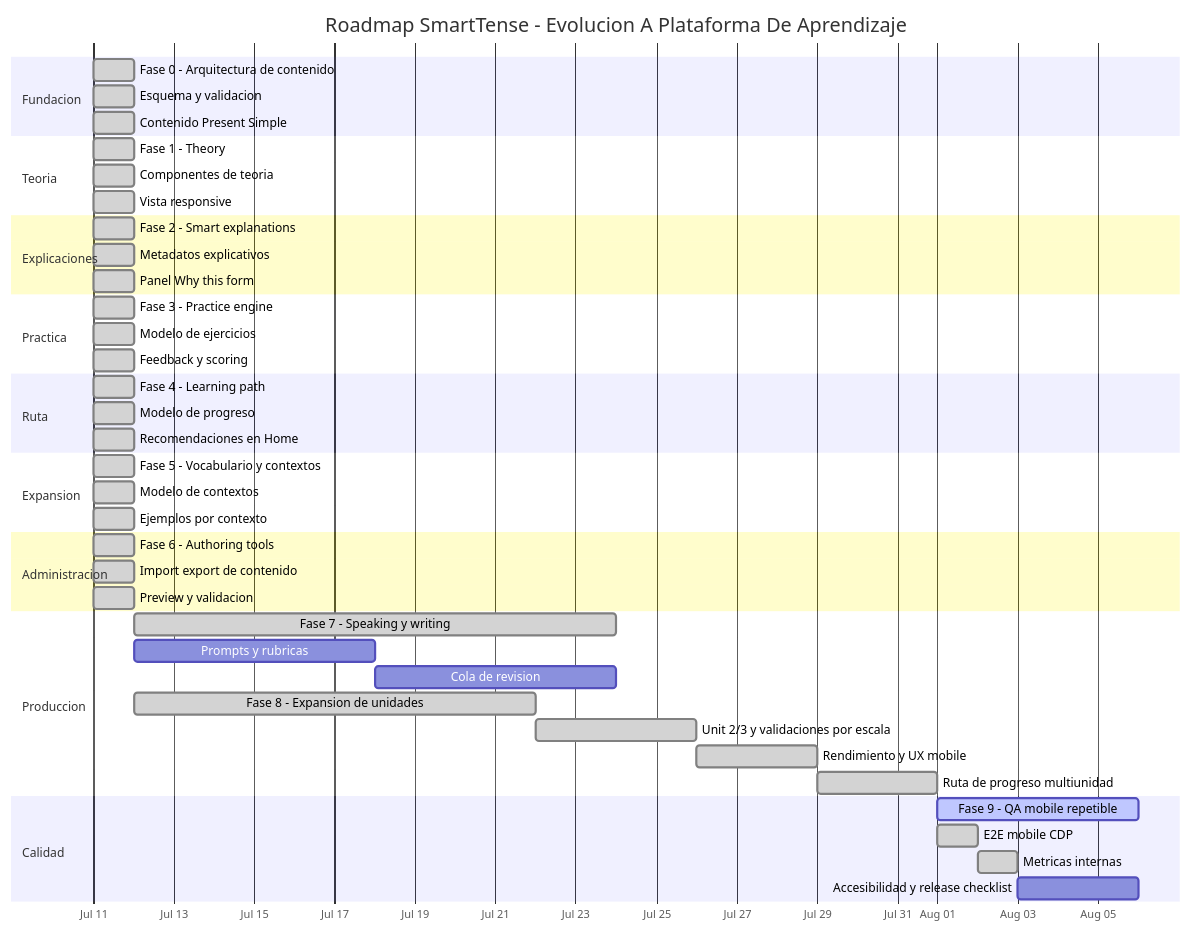
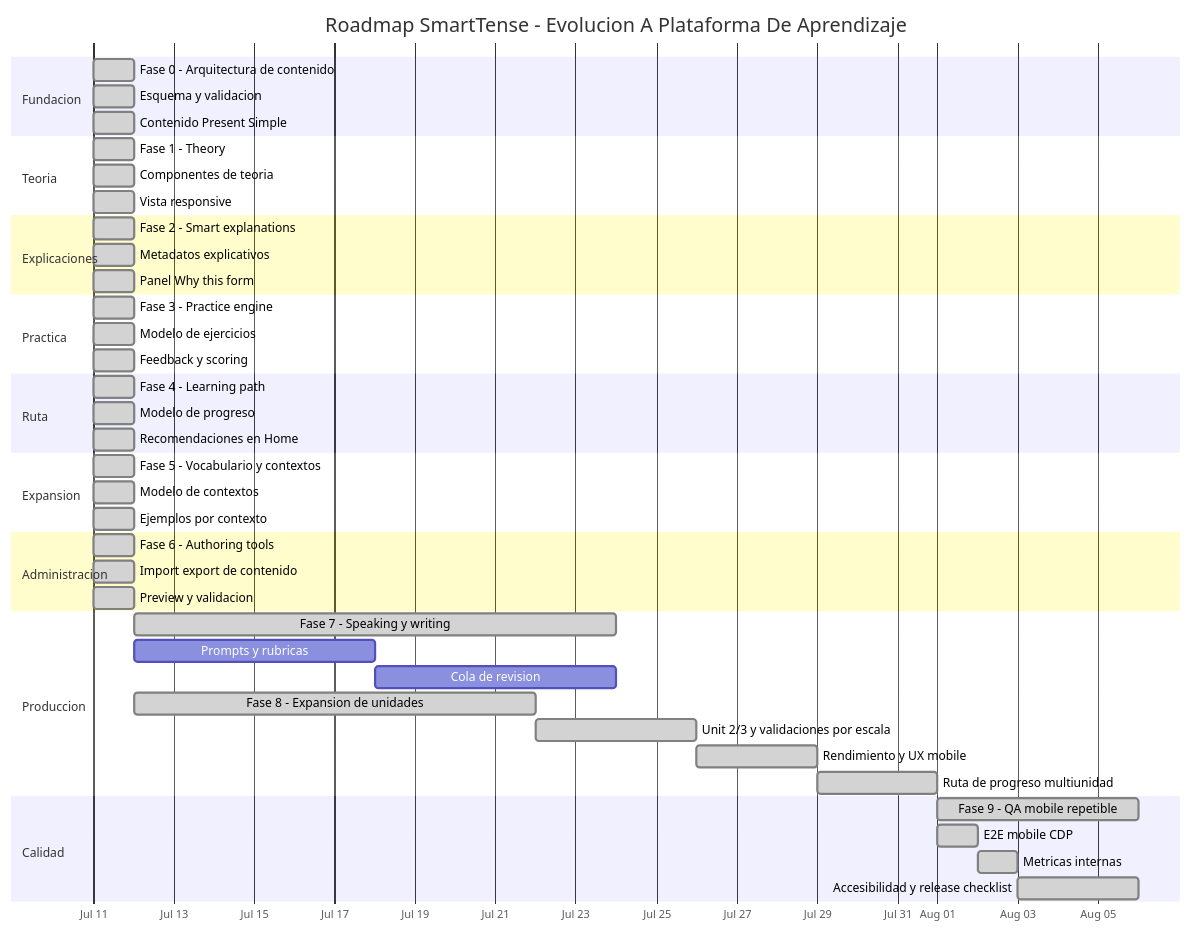
Before and after one commit to dafermen/SmartTense: the diagram in docs/PROJECT_PHASE_ROADMAP.md, drawn with Mermaid. The commit also changed other lines of this file and 10 other files, not shown here.

Commit message:
Add release checklist and accessibility smoke gates

````diff
--- a/docs/PROJECT_PHASE_ROADMAP.md
+++ b/docs/PROJECT_PHASE_ROADMAP.md
@@ -289,55 +289,55 @@
 ```mermaid
 gantt
     title Roadmap SmartTense - Evolucion A Plataforma De Aprendizaje
     dateFormat  YYYY-MM-DD
     axisFormat  %b %d
 
     section Fundacion
     Fase 0 - Arquitectura de contenido      :done, p0, 2026-07-11, 1d
     Esquema y validacion                    :done, p0a, 2026-07-11, 1d
     Contenido Present Simple                :done, p0b, 2026-07-11, 1d
 
     section Teoria
     Fase 1 - Theory                         :done, p1, 2026-07-11, 1d
     Componentes de teoria                   :done, p1a, 2026-07-11, 1d
     Vista responsive                        :done, p1b, 2026-07-11, 1d
 
     section Explicaciones
     Fase 2 - Smart explanations             :done, p2, 2026-07-11, 1d
     Metadatos explicativos                  :done, p2a, 2026-07-11, 1d
     Panel Why this form                     :done, p2b, 2026-07-11, 1d
 
     section Practica
     Fase 3 - Practice engine                :done, p3, 2026-07-11, 1d
     Modelo de ejercicios                    :done, p3a, 2026-07-11, 1d
     Feedback y scoring                      :done, p3b, 2026-07-11, 1d
 
     section Ruta
     Fase 4 - Learning path                  :done, p4, 2026-07-11, 1d
     Modelo de progreso                      :done, p4a, 2026-07-11, 1d
     Recomendaciones en Home                 :done, p4b, 2026-07-11, 1d
 
     section Expansion
     Fase 5 - Vocabulario y contextos        :done, p5, 2026-07-11, 1d
     Modelo de contextos                     :done, p5a, 2026-07-11, 1d
     Ejemplos por contexto                   :done, p5b, 2026-07-11, 1d
 
     section Administracion
     Fase 6 - Authoring tools                :done, p6, 2026-07-11, 1d
     Import export de contenido              :done, p6a, 2026-07-11, 1d
     Preview y validacion                    :done, p6b, 2026-07-11, 1d
 
     section Produccion
     Fase 7 - Speaking y writing             :done, p7, 2026-07-12, 12d
     Prompts y rubricas                      :p7a, 2026-07-12, 6d
     Cola de revision                        :p7b, after p7a, 6d
     Fase 8 - Expansion de unidades          :done, p8, 2026-07-12, 10d
     Unit 2/3 y validaciones por escala      :done, p8a, after p8, 4d
     Rendimiento y UX mobile                  :done, p8b, after p8a, 3d
     Ruta de progreso multiunidad             :done, p8c, after p8b, 3d
     section Calidad
-    Fase 9 - QA mobile repetible             :active, p9, after p8c, 5d
+    Fase 9 - QA mobile repetible             :done, p9, after p8c, 5d
     E2E mobile CDP                            :done, p9a, after p8c, 1d
     Metricas internas                         :done, p9b, after p9a, 1d
-    Accesibilidad y release checklist         :p9c, after p9b, 3d
+    Accesibilidad y release checklist         :done, p9c, after p9b, 3d
 ```
````
